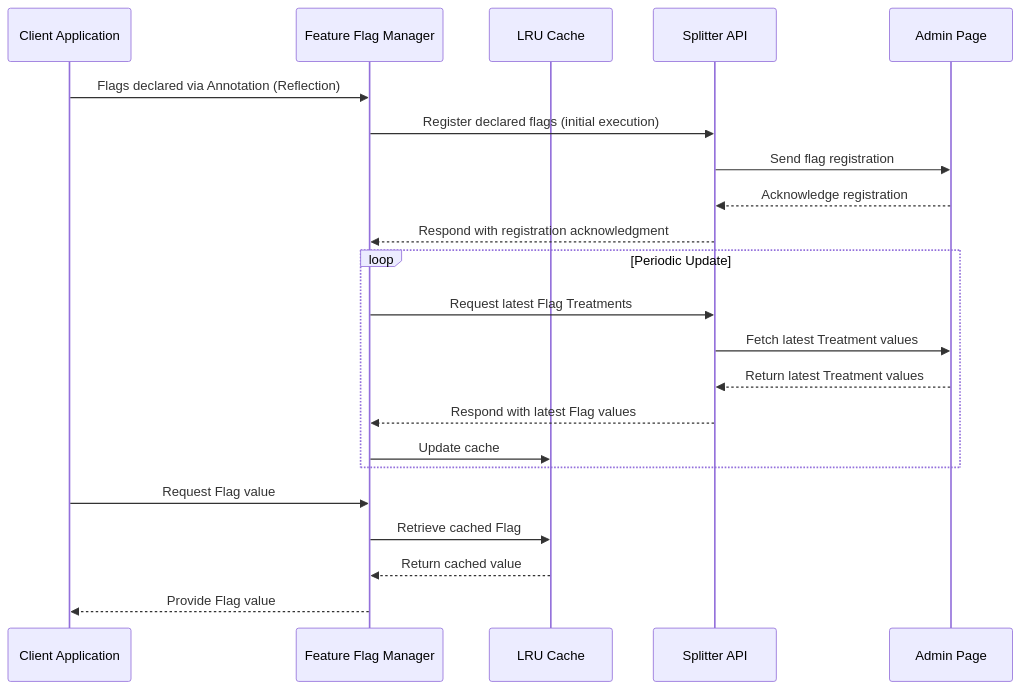
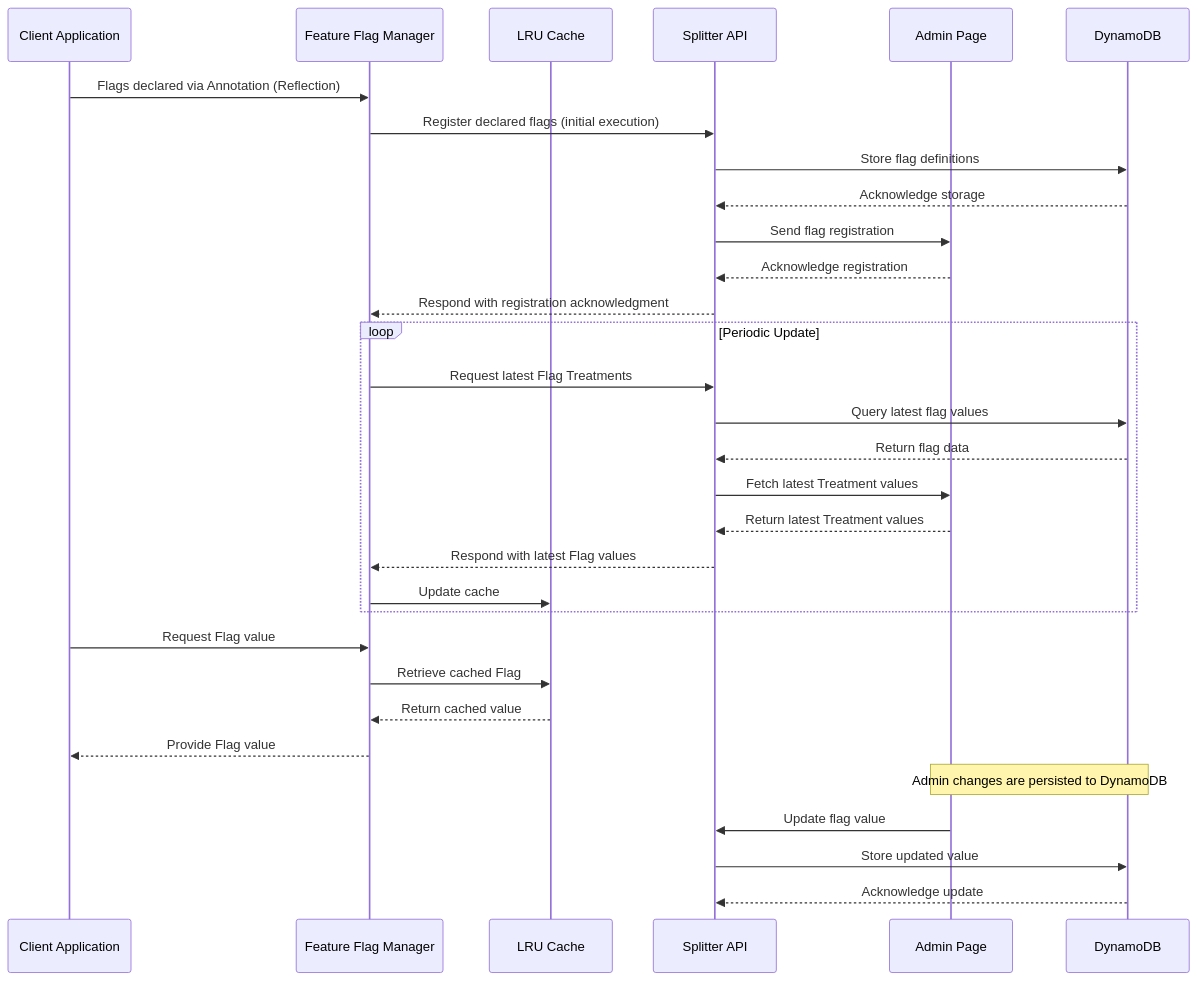
The diagram in _posts/2025-03-16-feature-flag.md (yeokyeong-yoon/yeokyeong-yoon.github.io), drawn with Mermaid before and after one commit. The commit also changed other lines of this file and 1 other file, not shown here.

Commit message:
edit featureflag post

```diff
--- a/_posts/2025-03-16-feature-flag.md
+++ b/_posts/2025-03-16-feature-flag.md
@@ -17,27 +17,37 @@
 <div class="mermaid">
 sequenceDiagram
     participant Client as Client Application
     participant Manager as Feature Flag Manager
     participant Cache as LRU Cache
     participant API as Splitter API
     participant Admin as Admin Page
+    participant DB as DynamoDB
 
     Client->>Manager: Flags declared via Annotation (Reflection)
     Manager->>API: Register declared flags (initial execution)
+    API->>DB: Store flag definitions
+    DB-->>API: Acknowledge storage
     API->>Admin: Send flag registration
     Admin-->>API: Acknowledge registration
     API-->>Manager: Respond with registration acknowledgment
 
     loop Periodic Update
         Manager->>API: Request latest Flag Treatments
+        API->>DB: Query latest flag values
+        DB-->>API: Return flag data
         API->>Admin: Fetch latest Treatment values
         Admin-->>API: Return latest Treatment values
         API-->>Manager: Respond with latest Flag values
         Manager->>Cache: Update cache
     end
 
     Client->>Manager: Request Flag value
     Manager->>Cache: Retrieve cached Flag
     Cache-->>Manager: Return cached value
     Manager-->>Client: Provide Flag value
+
+    Note over Admin,DB: Admin changes are persisted to DynamoDB
+    Admin->>API: Update flag value
+    API->>DB: Store updated value
+    DB-->>API: Acknowledge update
 </div>
```
